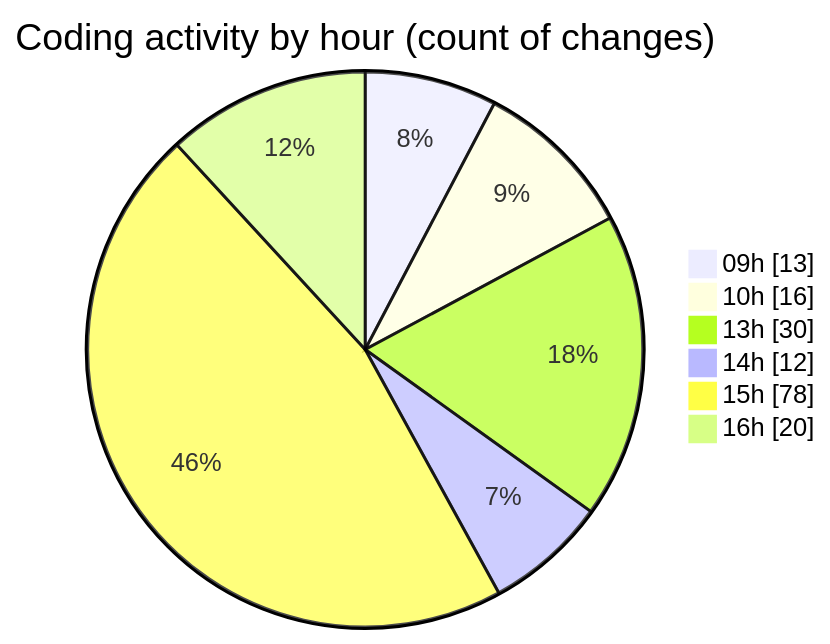
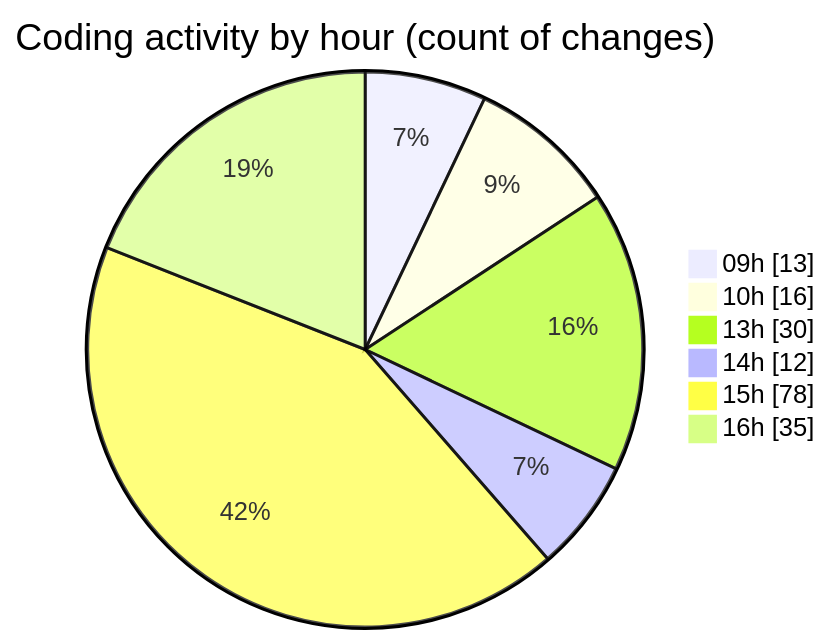
Before and after one commit to momahboobian/code-tracking: the second of 2 diagrams in 2025-03-31/cda/README.md, drawn with Mermaid. The commit also changed other lines of this file and 1 other file, not shown here.

````diff
--- a/2025-03-31/cda/README.md
+++ b/2025-03-31/cda/README.md
@@ -42,10 +50,10 @@
 ```mermaid
 pie showData
 title Coding activity by hour (count of changes)
 "09h" : 13
 "10h" : 16
 "13h" : 30
 "14h" : 12
 "15h" : 78
-"16h" : 20
+"16h" : 35
 ```
````
